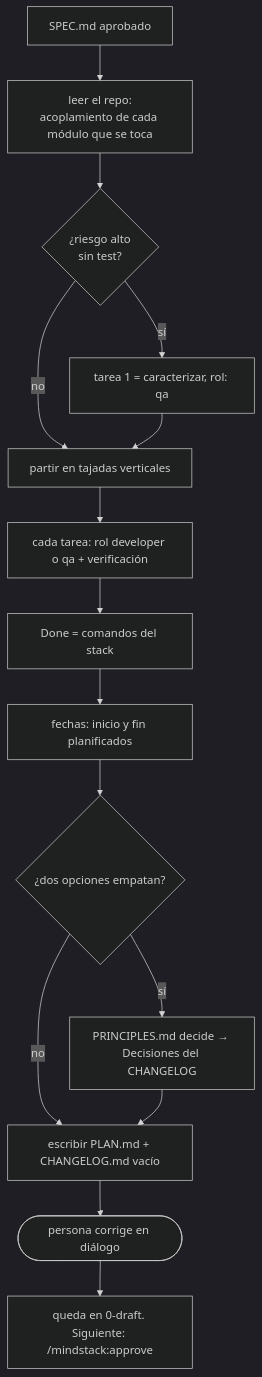
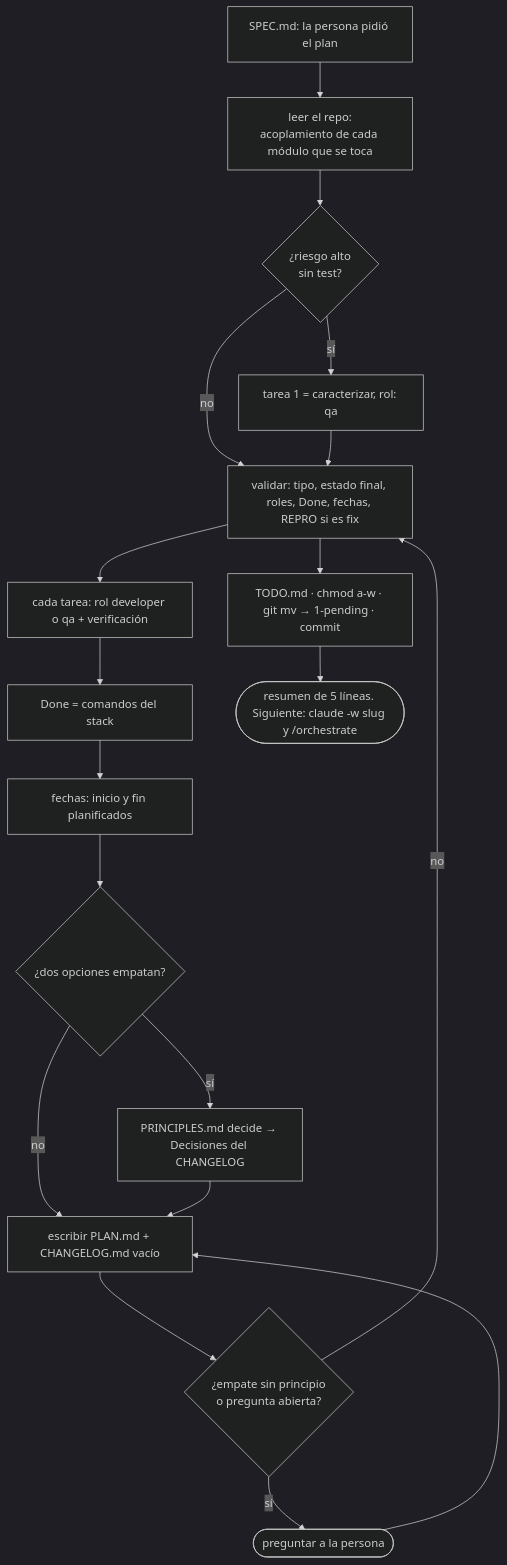
The diagram in skills/workflow/references/plan.md (octavio-parozlabs/mindstack), drawn with Mermaid (dark theme) before and after one commit. The commit also changed other lines of this file and 24 other files, not shown here.

````diff
--- a/skills/workflow/references/plan.md
+++ b/skills/workflow/references/plan.md
@@ -5,17 +5,20 @@
 ```mermaid
 flowchart TD
-    S[SPEC.md aprobado] --> R[leer el repo:\nacoplamiento de cada módulo que se toca]
+    S[SPEC.md: la persona pidió el plan] --> R[leer el repo:\nacoplamiento de cada módulo que se toca]
     R --> C{¿riesgo alto\nsin test?}
     C -- sí --> T1[tarea 1 = caracterizar, rol: qa]
     C -- no --> V
     T1 --> V[partir en tajadas verticales]
     V --> ROL[cada tarea: rol developer o qa + verificación]
     ROL --> D[Done = comandos del stack]
     D --> F[fechas: inicio y fin planificados]
     F --> E{¿dos opciones empatan?}
     E -- sí --> P[PRINCIPLES.md decide → Decisiones del CHANGELOG]
     E -- no --> W
     P --> W[escribir PLAN.md + CHANGELOG.md vacío]
-    W --> H([persona corrige en diálogo])
-    H --> OK["queda en 0-draft. Siguiente: /mindstack:approve"]
+    W --> H{¿empate sin principio\no pregunta abierta?}
+    H -- sí --> Q([preguntar a la persona]) --> W
+    H -- no --> V[validar: tipo, estado final, roles, Done, fechas, REPRO si es fix]
+    V --> T[TODO.md · chmod a-w · git mv → 1-pending · commit]
+    T --> OK(["resumen de 5 líneas. Siguiente: claude -w slug y /orchestrate"])
 ```
````
